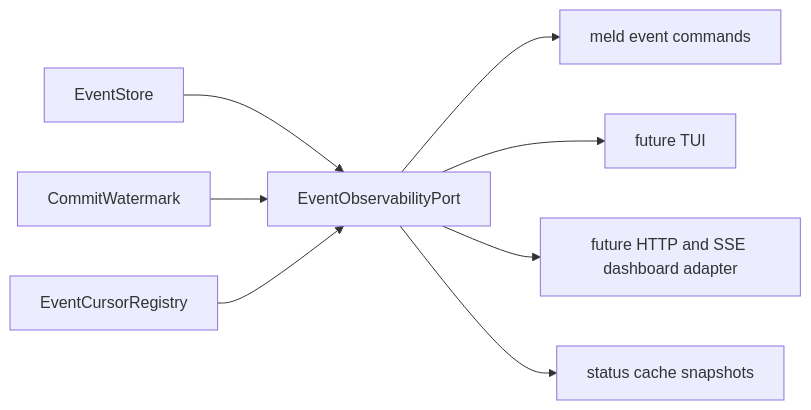
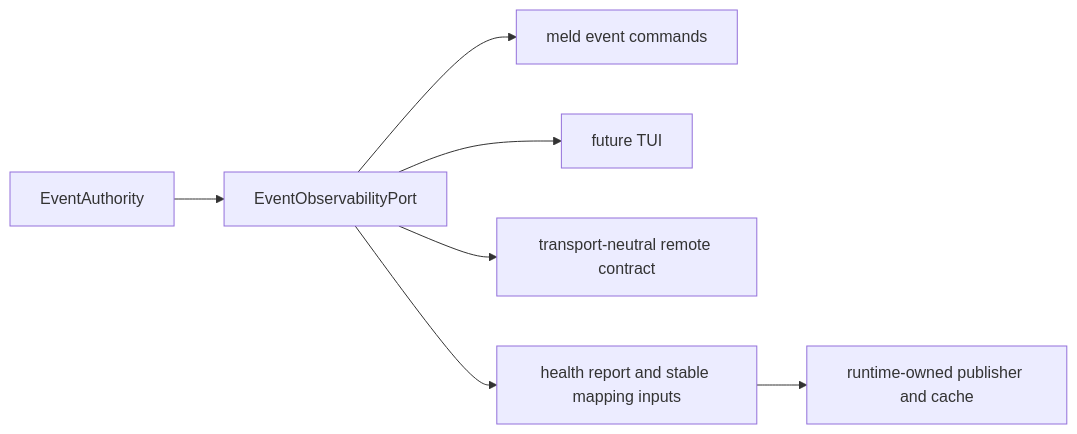
The diagram in design/plan/events/event_observability_design.md (JerkyTreats/meld), drawn with Mermaid before and after one commit. The commit also changed other lines of this file and 20 other files, not shown here.

````diff
--- a/design/plan/events/event_observability_design.md
+++ b/design/plan/events/event_observability_design.md
@@ -29,10 +29,9 @@
 ```mermaid
 flowchart LR
-    Store[EventStore] --> Port[EventObservabilityPort]
-    Watermark[CommitWatermark] --> Port
-    Registry[EventCursorRegistry] --> Port
+    Authority[EventAuthority] --> Port[EventObservabilityPort]
     Port --> CLI[meld event commands]
     Port --> TUI[future TUI]
-    Port --> HTTP[future HTTP and SSE dashboard adapter]
-    Port --> Cache[status cache snapshots]
+    Port --> Remote[transport-neutral remote contract]
+    Port --> Mapping[health report and stable mapping inputs]
+    Mapping --> Runtime[runtime-owned publisher and cache]
 ```
````
